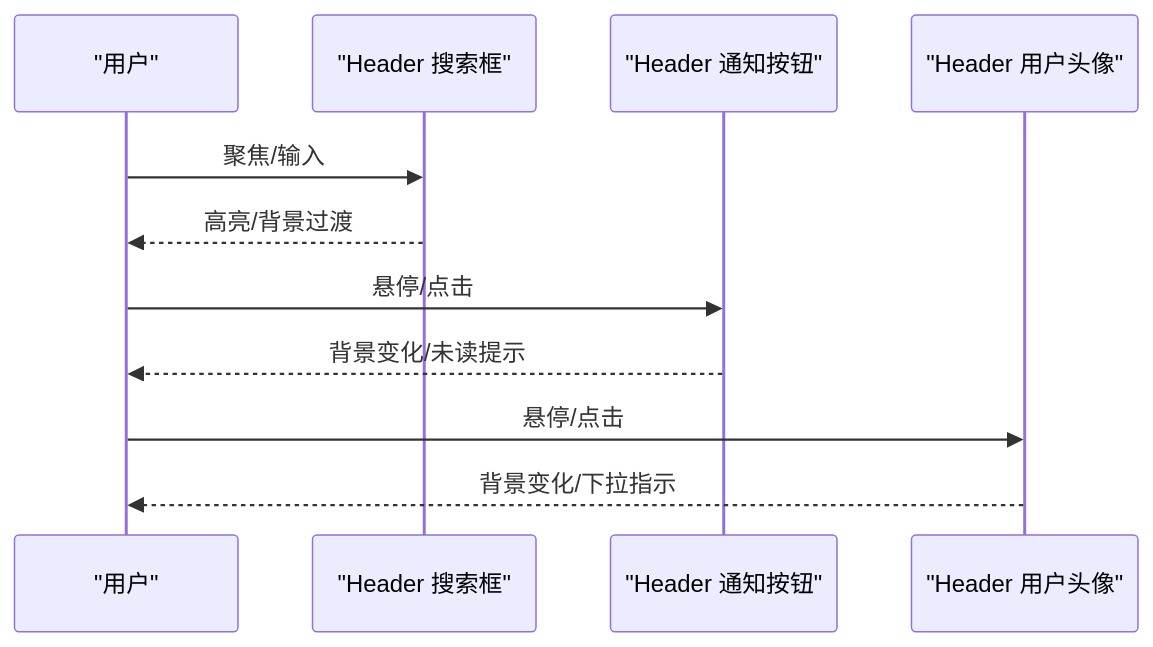
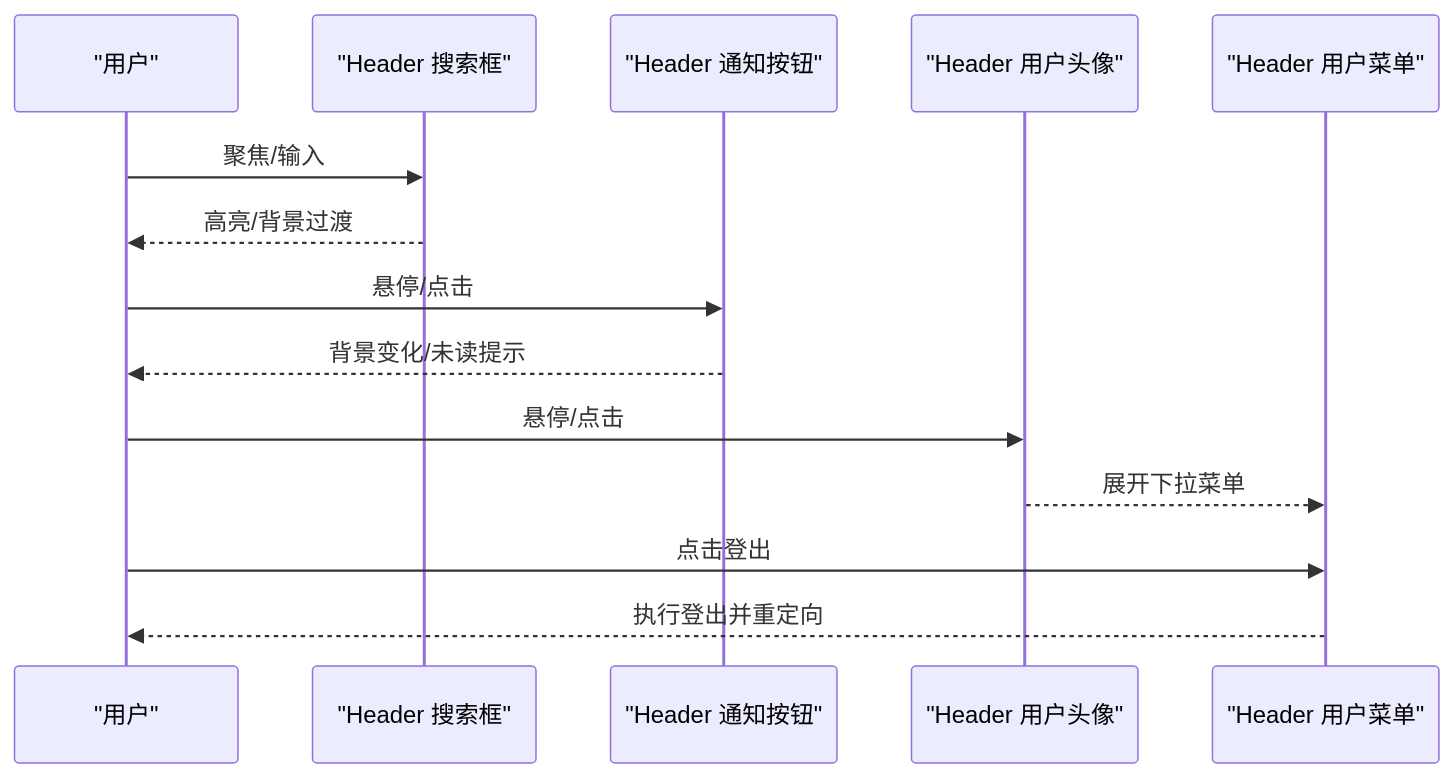
The fourth of 7 diagrams in .qoder/repowiki/zh/content/核心组件/头部组件 (Header).md (xianjianshenqu/SalesFlow-CRM), drawn with Mermaid before and after one commit. The commit also changed other lines of this file and 17 other files, not shown here.

````diff
--- a/.qoder/repowiki/zh/content/核心组件/头部组件 (Header).md
+++ b/.qoder/repowiki/zh/content/核心组件/头部组件 (Header).md
@@ -132,13 +155,16 @@
 ```mermaid
 sequenceDiagram
 participant U as "用户"
 participant HS as "Header 搜索框"
 participant HB as "Header 通知按钮"
 participant HP as "Header 用户头像"
+participant HM as "Header 用户菜单"
 U->>HS : 聚焦/输入
 HS-->>U : 高亮/背景过渡
 U->>HB : 悬停/点击
 HB-->>U : 背景变化/未读提示
 U->>HP : 悬停/点击
-HP-->>U : 背景变化/下拉指示
+HP-->>HM : 展开下拉菜单
+U->>HM : 点击登出
+HM-->>U : 执行登出并重定向
 ```
````
